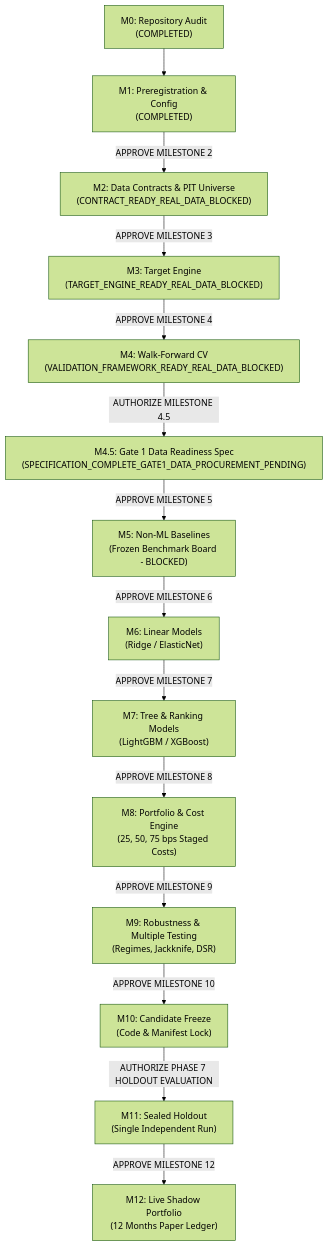
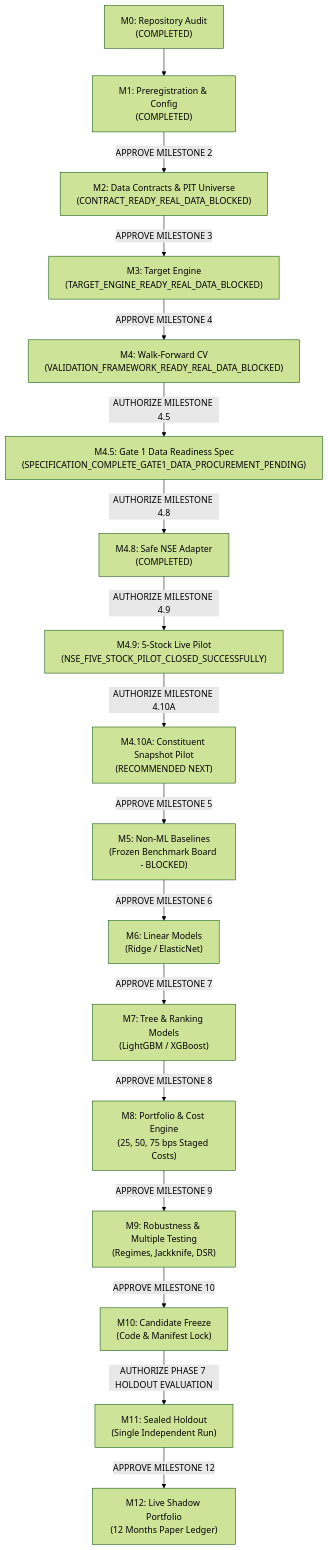
Before and after one commit to rkchhabda/aarambh: the diagram in docs/PHASE7_EXECUTION_PLAN.md, drawn with Mermaid (forest theme). The commit also changed other lines of this file and 6 other files, not shown here.

Commit message:
docs(phase7): record successful five-stock NSE pilot

````diff
--- a/docs/PHASE7_EXECUTION_PLAN.md
+++ b/docs/PHASE7_EXECUTION_PLAN.md
@@ -15,16 +15,19 @@
 ```mermaid
 flowchart TD
     M0["M0: Repository Audit<br/>(COMPLETED)"] --> M1["M1: Preregistration & Config<br/>(COMPLETED)"]
     M1 -->|APPROVE MILESTONE 2| M2["M2: Data Contracts & PIT Universe<br/>(CONTRACT_READY_REAL_DATA_BLOCKED)"]
     M2 -->|APPROVE MILESTONE 3| M3["M3: Target Engine<br/>(TARGET_ENGINE_READY_REAL_DATA_BLOCKED)"]
     M3 -->|APPROVE MILESTONE 4| M4["M4: Walk-Forward CV<br/>(VALIDATION_FRAMEWORK_READY_REAL_DATA_BLOCKED)"]
     M4 -->|AUTHORIZE MILESTONE 4.5| M45["M4.5: Gate 1 Data Readiness Spec<br/>(SPECIFICATION_COMPLETE_GATE1_DATA_PROCUREMENT_PENDING)"]
-    M45 -->|APPROVE MILESTONE 5| M5["M5: Non-ML Baselines<br/>(Frozen Benchmark Board - BLOCKED)"]
+    M45 -->|AUTHORIZE MILESTONE 4.8| M48["M4.8: Safe NSE Adapter<br/>(COMPLETED)"]
+    M48 -->|AUTHORIZE MILESTONE 4.9| M49["M4.9: 5-Stock Live Pilot<br/>(NSE_FIVE_STOCK_PILOT_CLOSED_SUCCESSFULLY)"]
+    M49 -->|AUTHORIZE MILESTONE 4.10A| M410A["M4.10A: Constituent Snapshot Pilot<br/>(RECOMMENDED NEXT)"]
+    M410A -->|APPROVE MILESTONE 5| M5["M5: Non-ML Baselines<br/>(Frozen Benchmark Board - BLOCKED)"]
     M5 -->|APPROVE MILESTONE 6| M6["M6: Linear Models<br/>(Ridge / ElasticNet)"]
     M6 -->|APPROVE MILESTONE 7| M7["M7: Tree & Ranking Models<br/>(LightGBM / XGBoost)"]
     M7 -->|APPROVE MILESTONE 8| M8["M8: Portfolio & Cost Engine<br/>(25, 50, 75 bps Staged Costs)"]
     M8 -->|APPROVE MILESTONE 9| M9["M9: Robustness & Multiple Testing<br/>(Regimes, Jackknife, DSR)"]
     M9 -->|APPROVE MILESTONE 10| M10["M10: Candidate Freeze<br/>(Code & Manifest Lock)"]
     M10 -->|AUTHORIZE PHASE 7 HOLDOUT EVALUATION| M11["M11: Sealed Holdout<br/>(Single Independent Run)"]
     M11 -->|APPROVE MILESTONE 12| M12["M12: Live Shadow Portfolio<br/>(12 Months Paper Ledger)"]
 ```
````
